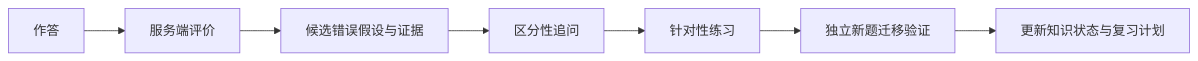
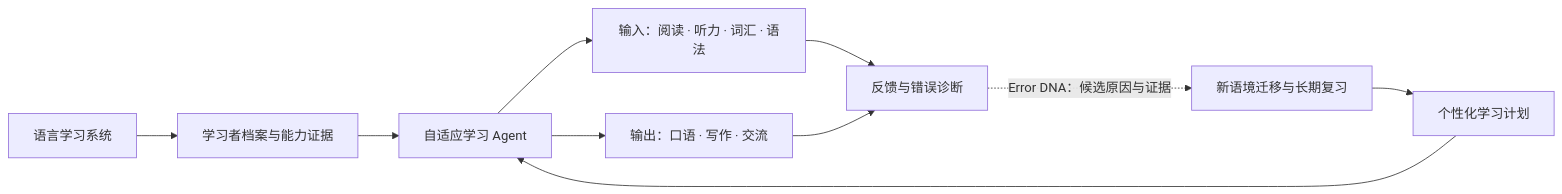
The first of 2 diagrams in README.md (KaoruMiyagawa/UnlearnLoop), drawn with Mermaid before and after one commit. The commit also changed other lines of this file and 8 other files, not shown here.

````diff
--- a/README.md
+++ b/README.md
@@ -17,9 +19,12 @@
 ```mermaid
 flowchart LR
-    A[作答] --> B[服务端评价]
-    B --> C[候选错误假设与证据]
-    C --> D[区分性追问]
-    D --> E[针对性练习]
-    E --> F[独立新题迁移验证]
-    F --> G[更新知识状态与复习计划]
+    L[语言学习系统] --> P[学习者档案与能力证据]
+    P --> A[自适应学习 Agent]
+    A --> I[输入：阅读 · 听力 · 词汇 · 语法]
+    A --> O[输出：口语 · 写作 · 交流]
+    I --> F[反馈与错误诊断]
+    O --> F
+    F -. Error DNA：候选原因与证据 .-> T[新语境迁移与长期复习]
+    T --> N[个性化学习计划]
+    N --> A
 ```
````
